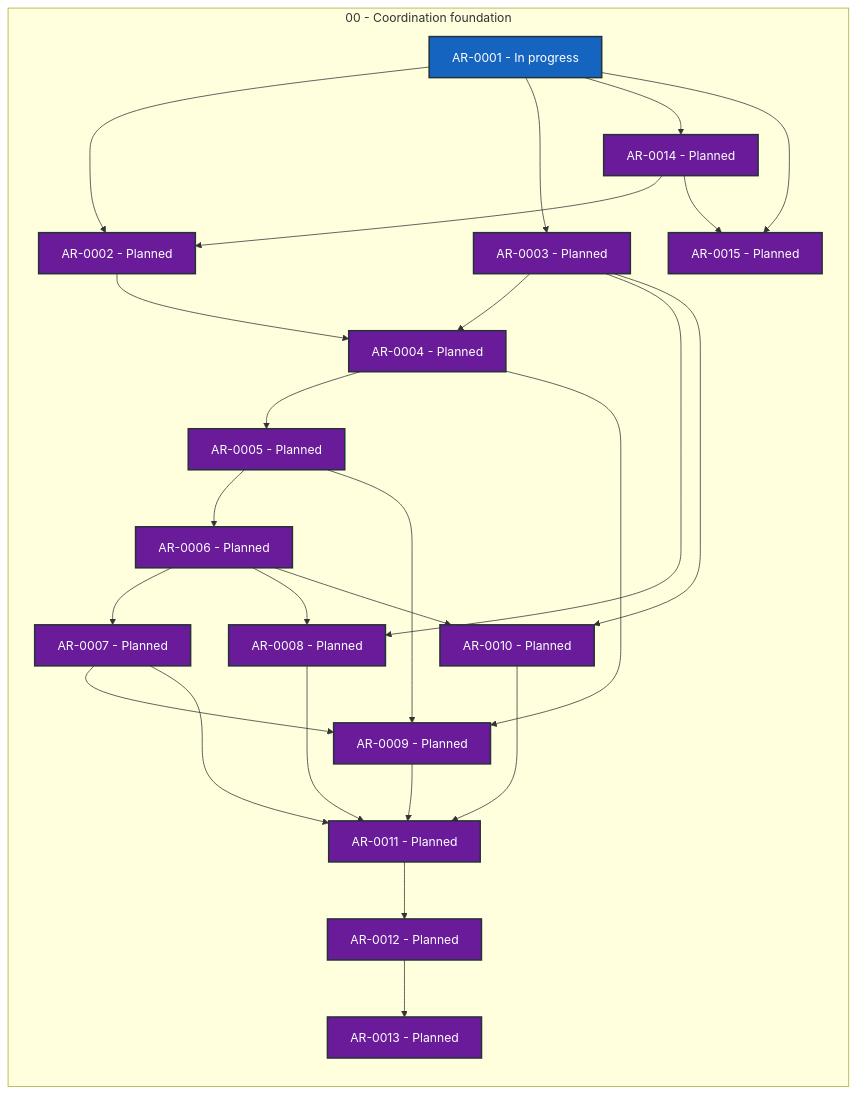
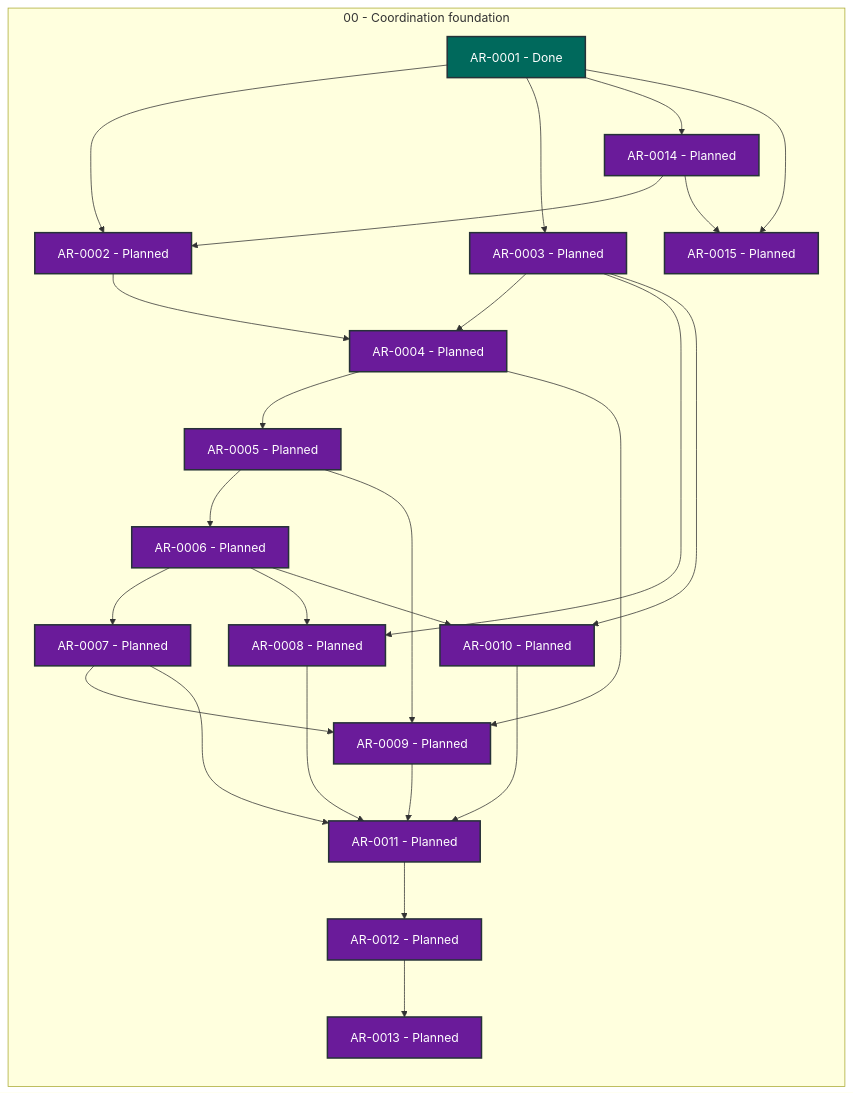
One commit to martin-beck/agent-workflow-tui-state changed the diagram in STATUS.md. Above: the diagram before and after it, drawn with Mermaid. The commit also changed other lines of this file and 2 other files, not shown here.

````diff
--- a/STATUS.md
+++ b/STATUS.md
@@ -27,53 +27,53 @@
 ```mermaid
 flowchart LR
     subgraph series_00["00 - Coordination foundation"]
         direction TB
-        AR_0001["AR-0001 - In progress"]:::status_in_progress
+        AR_0001["AR-0001 - Done"]:::status_done
         AR_0002["AR-0002 - Planned"]:::status_planned
         AR_0003["AR-0003 - Planned"]:::status_planned
         AR_0004["AR-0004 - Planned"]:::status_planned
         AR_0005["AR-0005 - Planned"]:::status_planned
         AR_0006["AR-0006 - Planned"]:::status_planned
         AR_0007["AR-0007 - Planned"]:::status_planned
         AR_0008["AR-0008 - Planned"]:::status_planned
         AR_0009["AR-0009 - Planned"]:::status_planned
         AR_0010["AR-0010 - Planned"]:::status_planned
         AR_0011["AR-0011 - Planned"]:::status_planned
         AR_0012["AR-0012 - Planned"]:::status_planned
         AR_0013["AR-0013 - Planned"]:::status_planned
         AR_0014["AR-0014 - Planned"]:::status_planned
         AR_0015["AR-0015 - Planned"]:::status_planned
     end
     AR_0001 --> AR_0002
     AR_0001 --> AR_0003
     AR_0001 --> AR_0014
     AR_0001 --> AR_0015
     AR_0002 --> AR_0004
     AR_0003 --> AR_0004
     AR_0003 --> AR_0008
     AR_0003 --> AR_0010
     AR_0004 --> AR_0005
     AR_0004 --> AR_0009
     AR_0005 --> AR_0006
     AR_0005 --> AR_0009
     AR_0006 --> AR_0007
     AR_0006 --> AR_0008
     AR_0006 --> AR_0010
     AR_0007 --> AR_0009
     AR_0007 --> AR_0011
     AR_0008 --> AR_0011
     AR_0009 --> AR_0011
     AR_0010 --> AR_0011
     AR_0011 --> AR_0012
     AR_0012 --> AR_0013
     AR_0014 --> AR_0002
     AR_0014 --> AR_0015
     classDef status_in_progress fill:#1565c0,color:#ffffff,stroke:#263238,stroke-width:2px
     classDef status_open fill:#2e7d32,color:#ffffff,stroke:#263238,stroke-width:2px
     classDef status_blocked fill:#c62828,color:#ffffff,stroke:#263238,stroke-width:2px
     classDef status_planned fill:#6a1b9a,color:#ffffff,stroke:#263238,stroke-width:2px
     classDef status_future fill:#455a64,color:#ffffff,stroke:#263238,stroke-width:2px
     classDef status_done fill:#00695c,color:#ffffff,stroke:#263238,stroke-width:2px
     classDef status_cancelled fill:#616161,color:#ffffff,stroke:#263238,stroke-width:2px
     classDef status_superseded fill:#5d4037,color:#ffffff,stroke:#263238,stroke-width:2px
 ```
````
